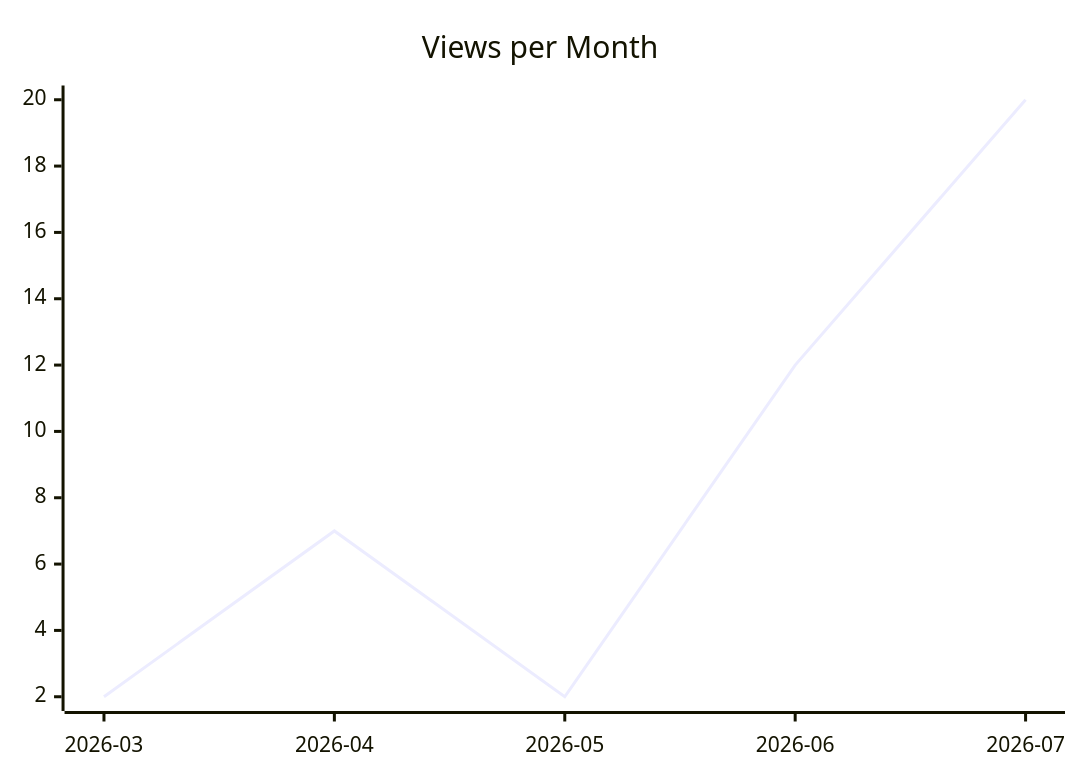
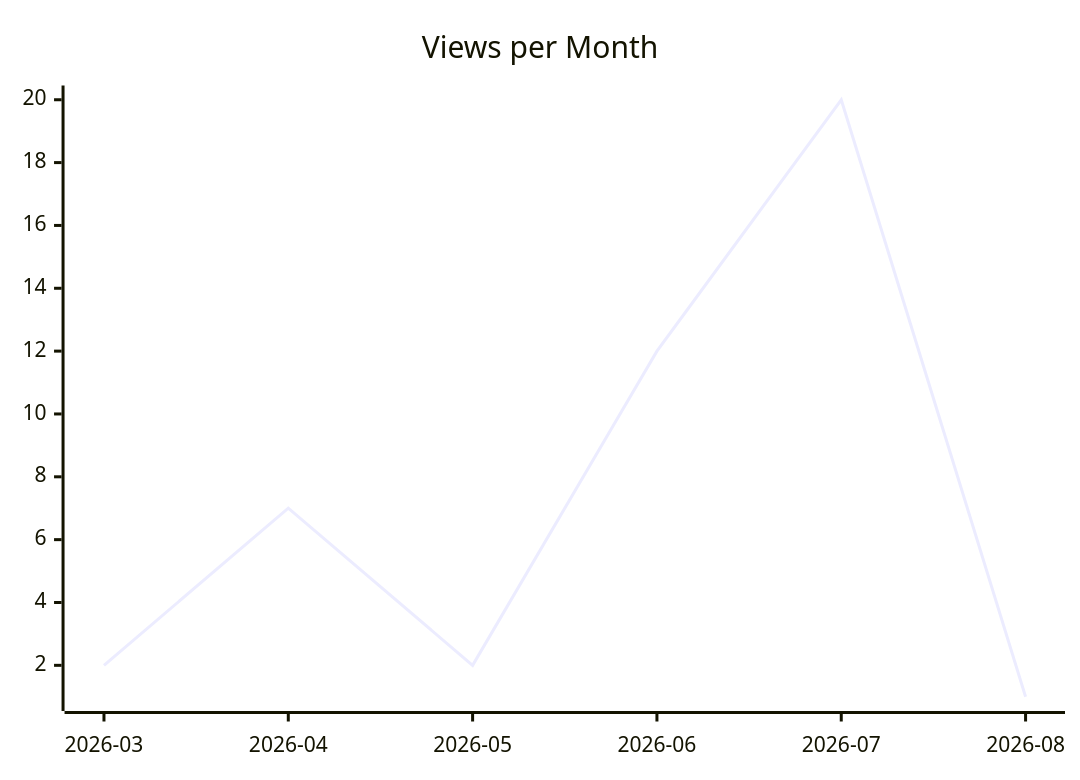
Before and after one commit to justdavis-family/github-analytics-data: the second of 3 diagrams in karlmdavis/fhir-benchmarks/README.md, drawn with Mermaid. The commit also changed other lines of this file and 180 other files, not shown here.

````diff
--- a/karlmdavis/fhir-benchmarks/README.md
+++ b/karlmdavis/fhir-benchmarks/README.md
@@ -12,6 +12,6 @@
 ```mermaid
 xychart-beta
   title "Views per Month"
-  x-axis ["2026-03", "2026-04", "2026-05", "2026-06", "2026-07"]
-  line [2, 7, 2, 12, 20]
+  x-axis ["2026-03", "2026-04", "2026-05", "2026-06", "2026-07", "2026-08"]
+  line [2, 7, 2, 12, 20, 1]
 ```
````
